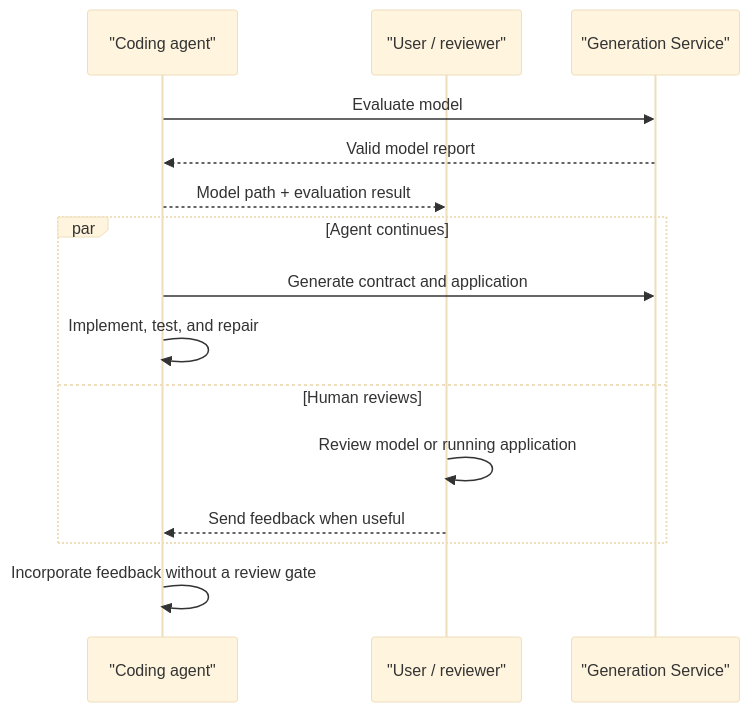
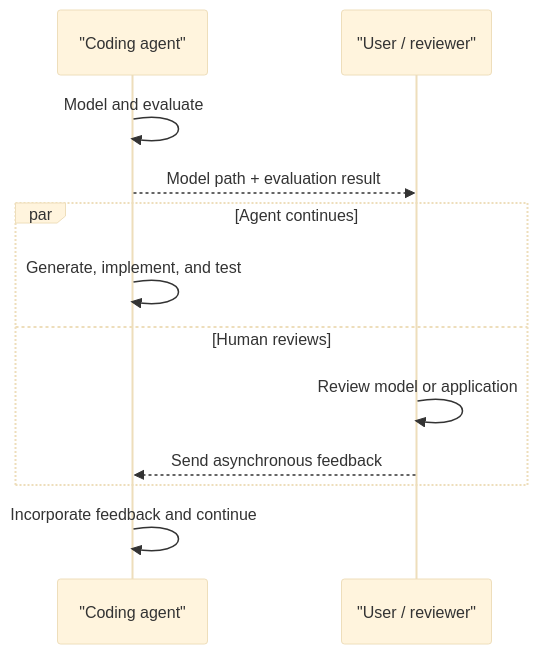
One commit to teaql/teaql-agent-kit changed the second of 2 diagrams in README.md. Above: the diagram before and after it, drawn with Mermaid (base theme). The commit also changed other lines of this file, not shown here.

````diff
--- a/README.md
+++ b/README.md
@@ -95,17 +81,14 @@
 ```mermaid
 sequenceDiagram
     participant A as "Coding agent"
     participant U as "User / reviewer"
-    participant G as "Generation Service"
-    A->>G: Evaluate model
-    G-->>A: Valid model report
+    A->>A: Model and evaluate
     A-->>U: Model path + evaluation result
     par Agent continues
-        A->>G: Generate contract and application
-        A->>A: Implement, test, and repair
+        A->>A: Generate, implement, and test
     and Human reviews
-        U->>U: Review model or running application
-        U-->>A: Send feedback when useful
+        U->>U: Review model or application
+        U-->>A: Send asynchronous feedback
     end
-    A->>A: Incorporate feedback without a review gate
+    A->>A: Incorporate feedback and continue
 ```
````
